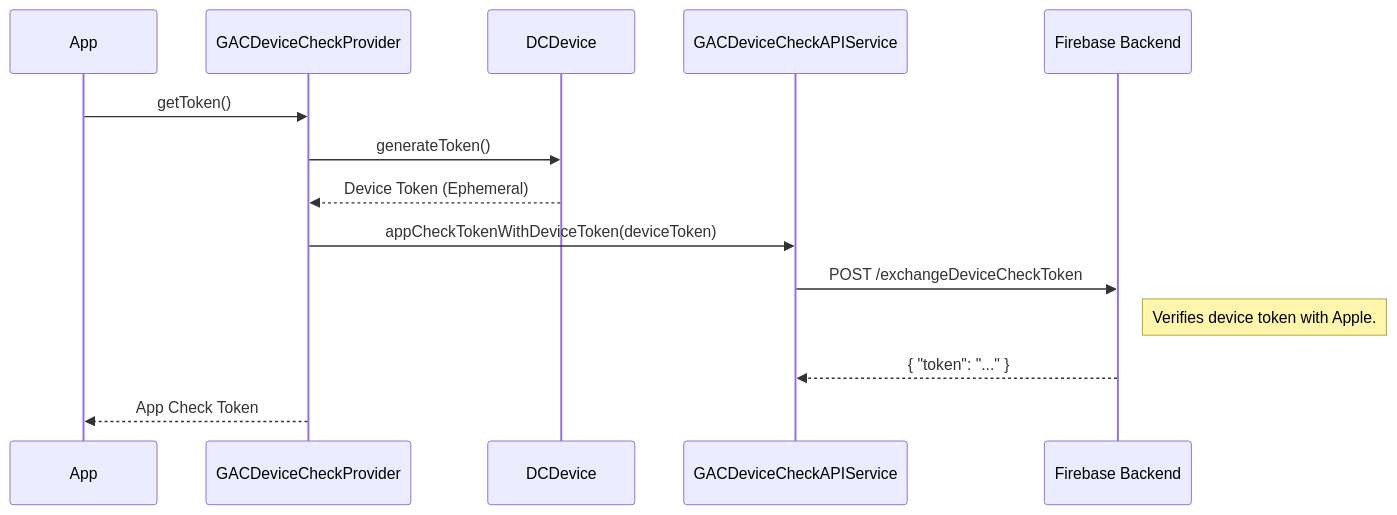
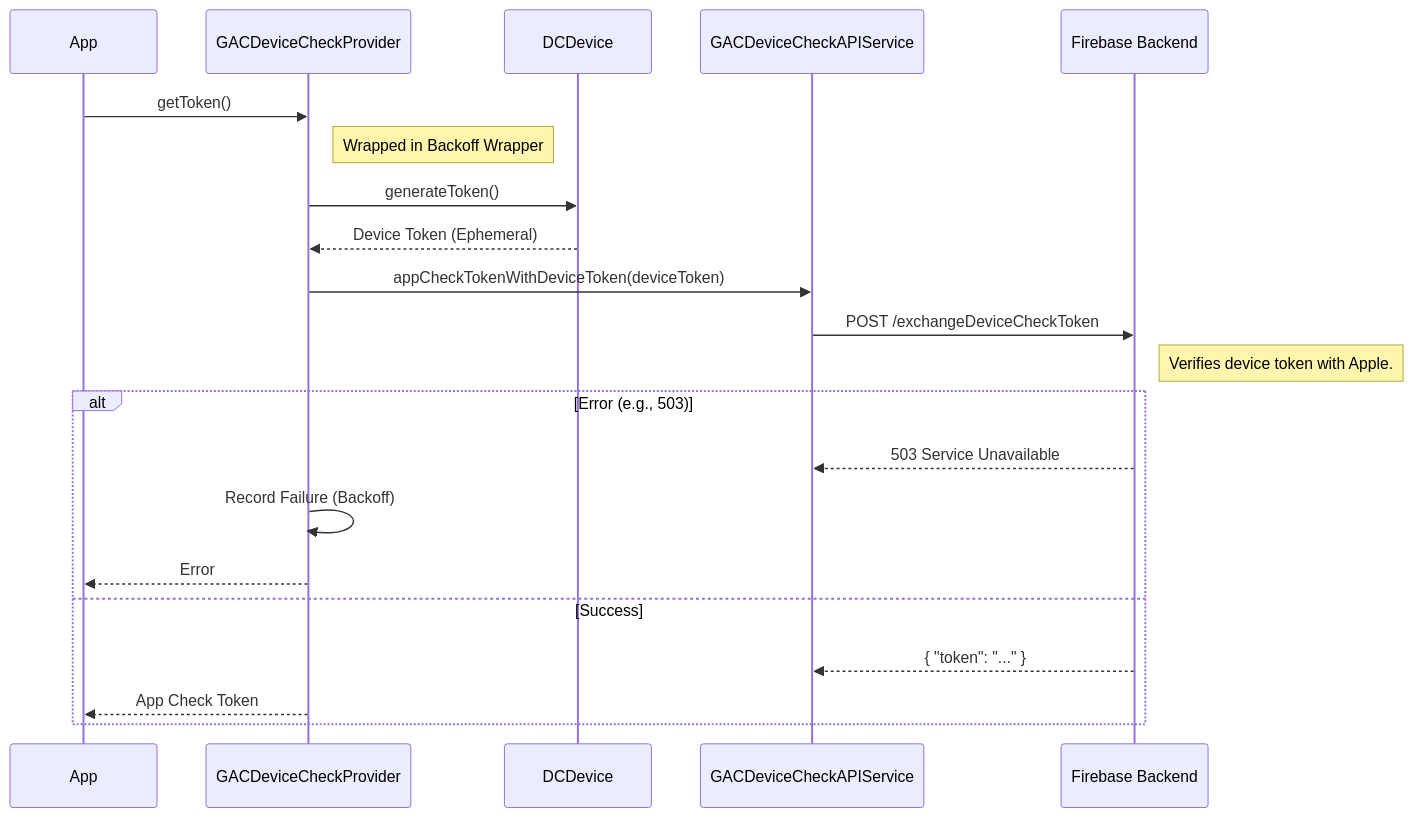
One commit to google/app-check changed the third of 4 diagrams in docs/providers.md. Above: the diagram before and after it, drawn with Mermaid. The commit also changed other lines of this file and 1 other file, not shown here.

````diff
--- a/docs/providers.md
+++ b/docs/providers.md
@@ -88,19 +113,27 @@
 ```mermaid
 sequenceDiagram
     participant App
     participant Provider as GACDeviceCheckProvider
     participant Apple as DCDevice
     participant API as GACDeviceCheckAPIService
     participant Backend as Firebase Backend
 
     App->>Provider: getToken()
+    
+    Note right of Provider: Wrapped in Backoff Wrapper
     Provider->>Apple: generateToken()
     Apple-->>Provider: Device Token (Ephemeral)
 
     Provider->>API: appCheckTokenWithDeviceToken(deviceToken)
     API->>Backend: POST /exchangeDeviceCheckToken
     Note right of Backend: Verifies device token with Apple.
-    Backend-->>API: { "token": "..." }
     
-    Provider-->>App: App Check Token
+    alt Error (e.g., 503)
+        Backend-->>API: 503 Service Unavailable
+        Provider->>Provider: Record Failure (Backoff)
+        Provider-->>App: Error
+    else Success
+        Backend-->>API: { "token": "..." }
+        Provider-->>App: App Check Token
+    end
 ```
````
